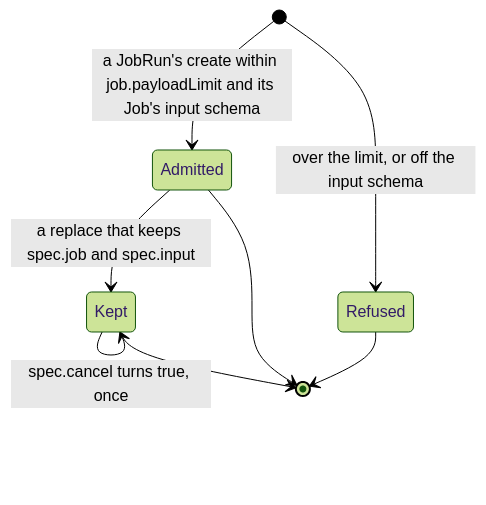
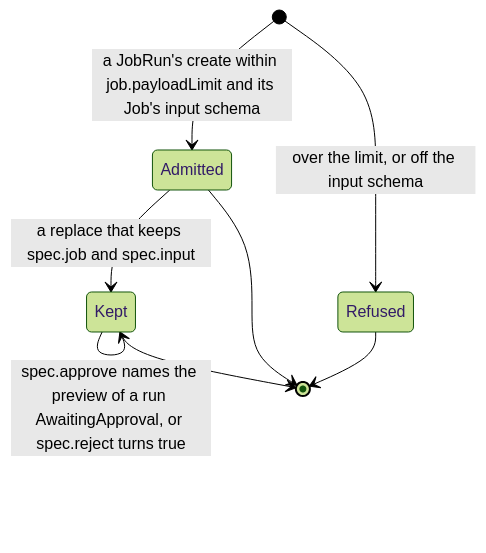
Before and after one commit to pyvvo/funcd: the diagram in docs/behavior/jobs.md, drawn with Mermaid (forest theme). The commit also changed other lines of this file and 85 other files, not shown here.

````diff
--- a/docs/behavior/jobs.md
+++ b/docs/behavior/jobs.md
@@ -7,10 +7,11 @@
 ```mermaid
 stateDiagram-v2
     [*] --> Admitted : a JobRun's create within job.payloadLimit and its Job's input schema
     [*] --> Refused : over the limit, or off the input schema
     Admitted --> Kept : a replace that keeps spec.job and spec.input
     Kept --> Kept : spec.cancel turns true, once
+    Kept --> Kept : spec.approve names the preview of a run AwaitingApproval, or spec.reject turns true
     Admitted --> [*]
     Kept --> [*]
     Refused --> [*]
 ```
````
